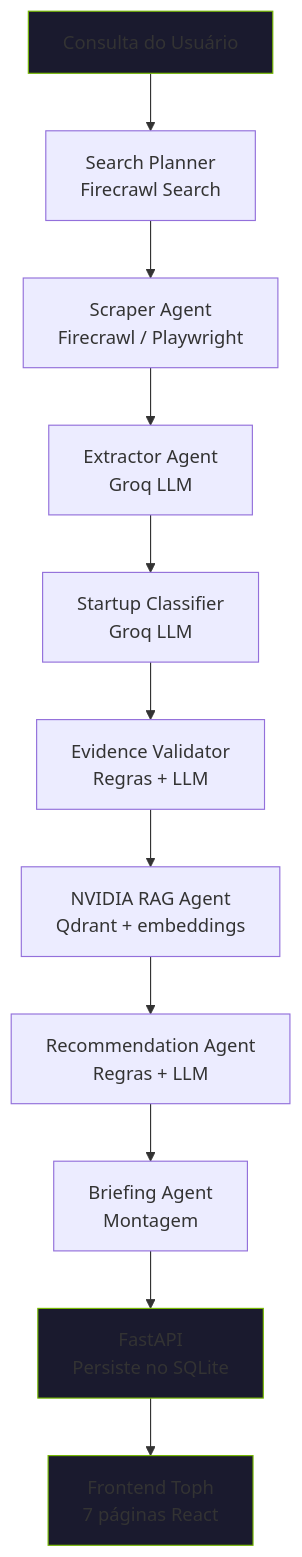
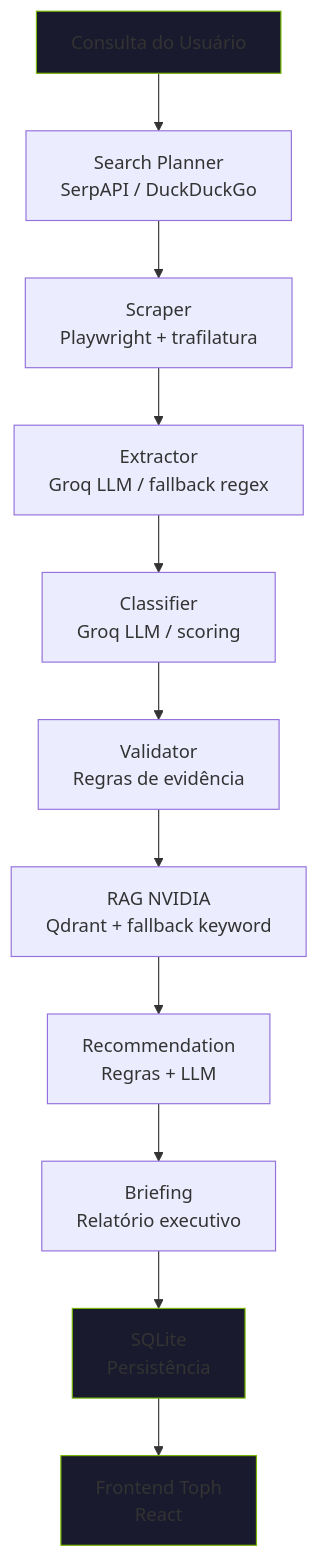
Before and after one commit to malafisor-arthurloyola/InteliAcademy-ProjetoNvidia: the diagram in README.md, drawn with Mermaid. The commit also changed other lines of this file and 6 other files, not shown here.

````diff
--- a/README.md
+++ b/README.md
@@ -112,17 +290,17 @@
 ```mermaid
 graph TD
-    Q[Consulta do Usuário] --> SP[Search Planner<br/>Firecrawl Search]
-    SP --> SC[Scraper Agent<br/>Firecrawl / Playwright]
-    SC --> EX[Extractor Agent<br/>Groq LLM]
-    EX --> CL[Startup Classifier<br/>Groq LLM]
-    CL --> EV[Evidence Validator<br/>Regras + LLM]
-    EV --> NV[NVIDIA RAG Agent<br/>Qdrant + embeddings]
-    NV --> RE[Recommendation Agent<br/>Regras + LLM]
-    RE --> BR[Briefing Agent<br/>Montagem]
-    BR --> API[FastAPI<br/>Persiste no SQLite]
-    API --> UI[Frontend Toph<br/>7 páginas React]
+    Q[Consulta do Usuário] --> SP[Search Planner<br/>SerpAPI / DuckDuckGo]
+    SP --> SC[Scraper<br/>Playwright + trafilatura]
+    SC --> EX[Extractor<br/>Groq LLM / fallback regex]
+    EX --> CL[Classifier<br/>Groq LLM / scoring]
+    CL --> EV[Validator<br/>Regras de evidência]
+    EV --> NV[RAG NVIDIA<br/>Qdrant + fallback keyword]
+    NV --> RE[Recommendation<br/>Regras + LLM]
+    RE --> BR[Briefing<br/>Relatório executivo]
+    BR --> DB[SQLite<br/>Persistência]
+    DB --> UI[Frontend Toph<br/>React]
 
     style Q fill:#1a1a2e,stroke:#76B900
     style UI fill:#1a1a2e,stroke:#76B900
-    style API fill:#1a1a2e,stroke:#76B900
+    style DB fill:#1a1a2e,stroke:#76B900
 ```
````
